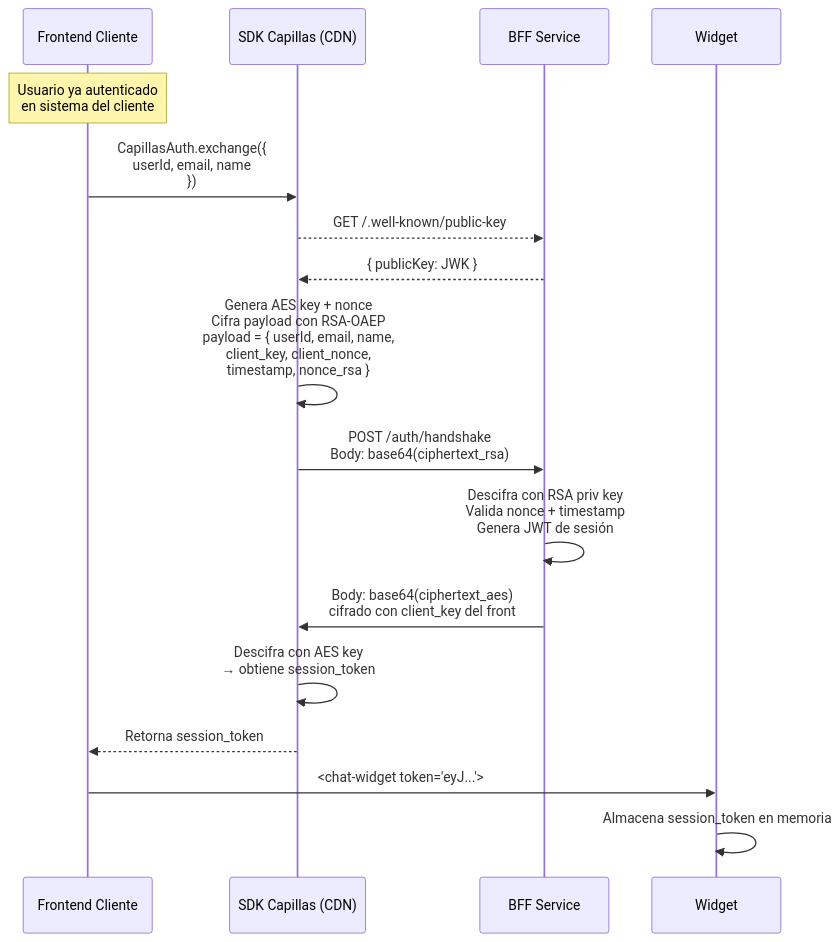
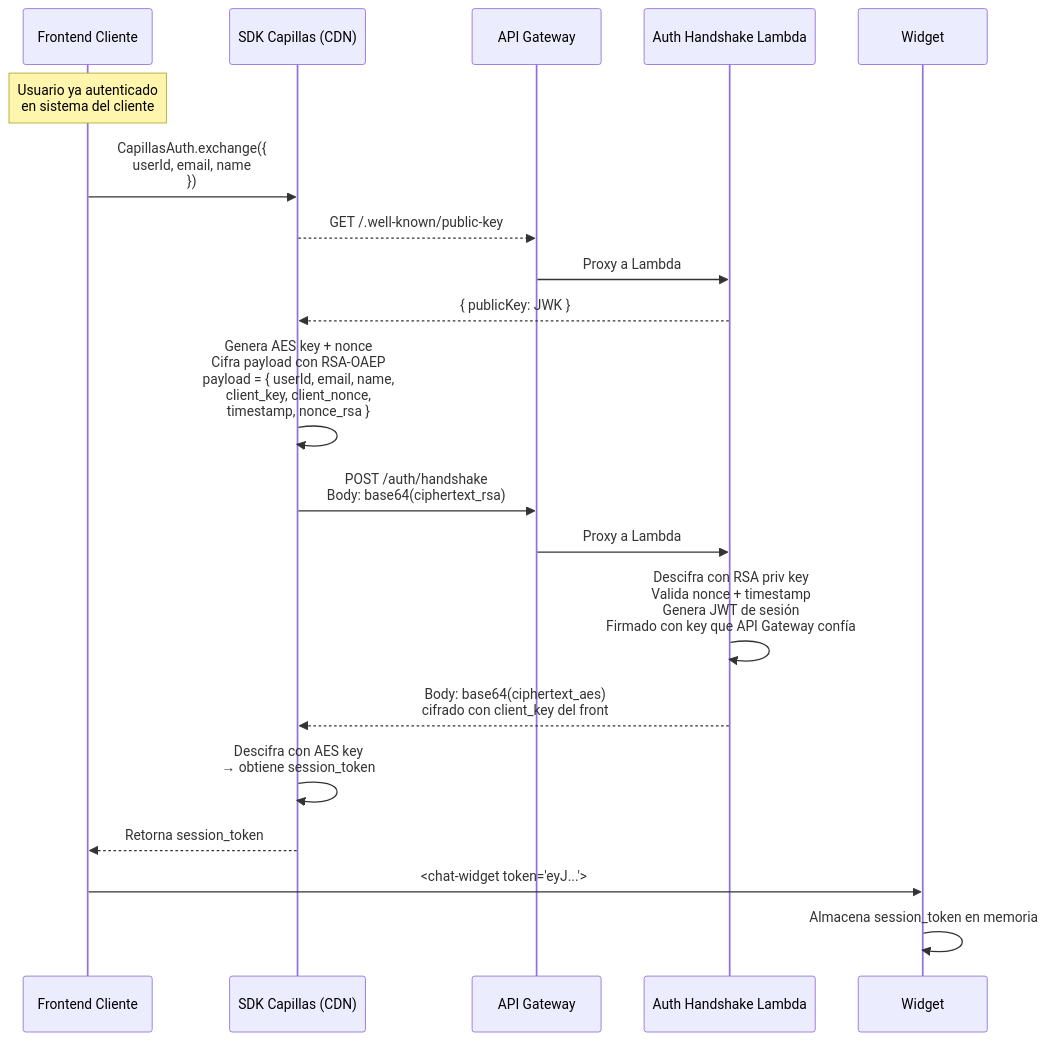
Before and after one commit to johnruedal96/capillas: the third of 9 diagrams in docs/propuesta_tecnologica.md, drawn with Mermaid. The commit also changed other lines of this file, not shown here.

````diff
--- a/docs/propuesta_tecnologica.md
+++ b/docs/propuesta_tecnologica.md
@@ -165,19 +165,22 @@
 ```mermaid
 sequenceDiagram
     participant Front as Frontend Cliente
     participant SDK as SDK Capillas (CDN)
-    participant BFF as BFF Service
+    participant GW as API Gateway
+    participant Lambda as Auth Handshake Lambda
 
     Note over Front: Usuario ya autenticado<br/>en sistema del cliente
     Front->>SDK: CapillasAuth.exchange({<br/>  userId, email, name<br/>})
-    SDK-->>BFF: GET /.well-known/public-key
-    BFF-->>SDK: { publicKey: JWK }
+    SDK-->>GW: GET /.well-known/public-key
+    GW->>Lambda: Proxy a Lambda
+    Lambda-->>SDK: { publicKey: JWK }
     SDK->>SDK: Genera AES key + nonce<br/>Cifra payload con RSA-OAEP<br/>payload = { userId, email, name,<br/>  client_key, client_nonce,<br/>  timestamp, nonce_rsa }
-    SDK->>BFF: POST /auth/handshake<br/>Body: base64(ciphertext_rsa)
-    BFF->>BFF: Descifra con RSA priv key<br/>Valida nonce + timestamp<br/>Genera JWT de sesión
-    BFF->>SDK: Body: base64(ciphertext_aes)<br/>cifrado con client_key del front
+    SDK->>GW: POST /auth/handshake<br/>Body: base64(ciphertext_rsa)
+    GW->>Lambda: Proxy a Lambda
+    Lambda->>Lambda: Descifra con RSA priv key<br/>Valida nonce + timestamp<br/>Genera JWT de sesión<br/>Firmado con key que API Gateway confía
+    Lambda-->>SDK: Body: base64(ciphertext_aes)<br/>cifrado con client_key del front
     SDK->>SDK: Descifra con AES key<br/>→ obtiene session_token
     SDK-->>Front: Retorna session_token
     Front->>Widget: <chat-widget token="eyJ...">
     Widget->>Widget: Almacena session_token en memoria
 ```
````
